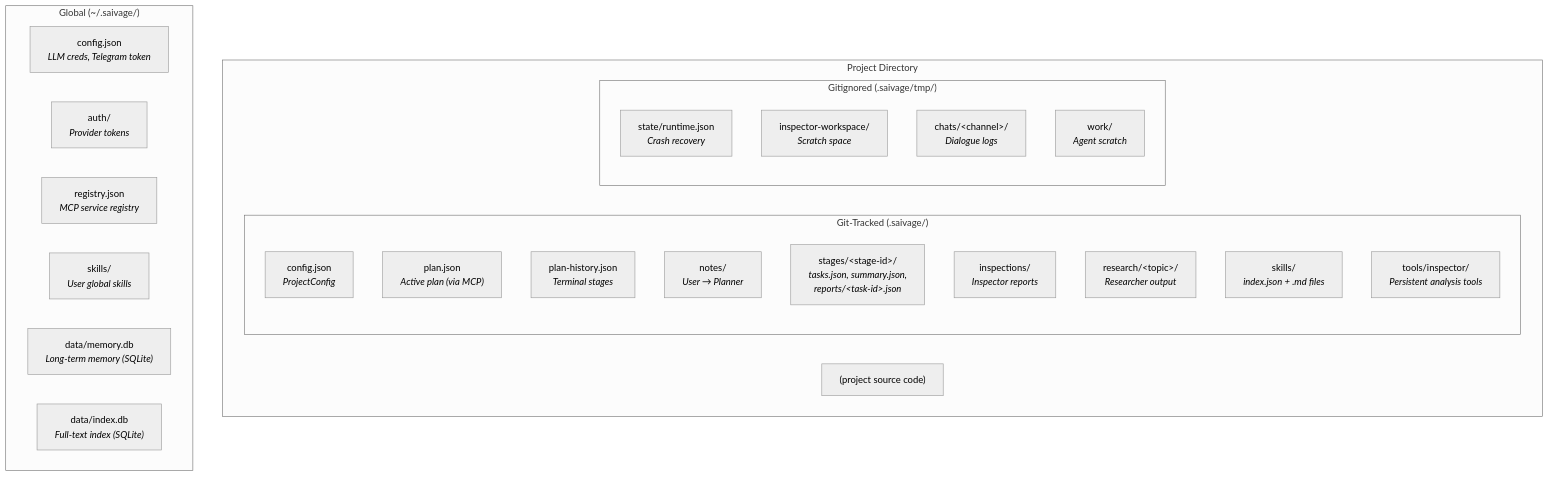
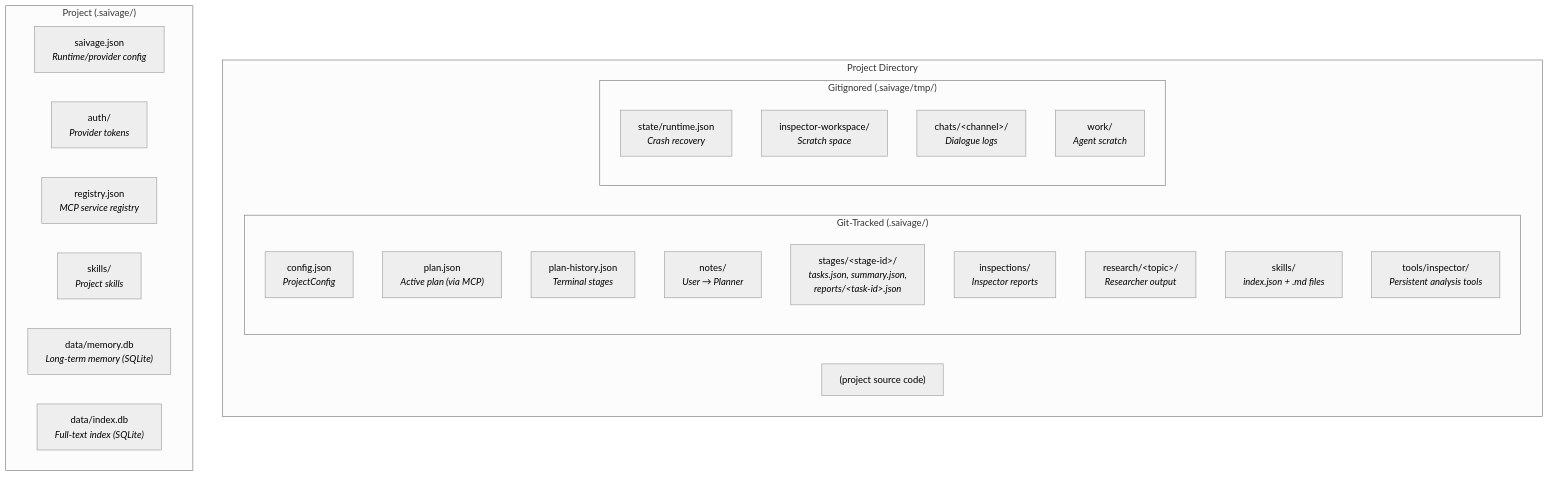
One commit to sfanapolo/saivage changed the third of 14 diagrams in SPEC/v2/06-SYSTEM-DESIGN.md. Above: the diagram before and after it, drawn with Mermaid (neutral theme). The commit also changed other lines of this file and 63 other files, not shown here.

````diff
--- a/SPEC/v2/06-SYSTEM-DESIGN.md
+++ b/SPEC/v2/06-SYSTEM-DESIGN.md
@@ -277,32 +276,32 @@
 ```mermaid
 graph TB
     subgraph "Project Directory"
         subgraph "Git-Tracked (.saivage/)"
             CONF["config.json<br/><i>ProjectConfig</i>"]
             PLAN["plan.json<br/><i>Active plan (via MCP)</i>"]
             HIST["plan-history.json<br/><i>Terminal stages</i>"]
             NOTES["notes/<br/><i>User → Planner</i>"]
             STAGES["stages/&lt;stage-id&gt;/<br/><i>tasks.json, summary.json,<br/>reports/&lt;task-id&gt;.json</i>"]
             INSP["inspections/<br/><i>Inspector reports</i>"]
             RESEARCH["research/&lt;topic&gt;/<br/><i>Researcher output</i>"]
             SKILLS["skills/<br/><i>index.json + .md files</i>"]
             TOOLS["tools/inspector/<br/><i>Persistent analysis tools</i>"]
         end
         subgraph "Gitignored (.saivage/tmp/)"
             RUNTIME["state/runtime.json<br/><i>Crash recovery</i>"]
             IWRK["inspector-workspace/<br/><i>Scratch space</i>"]
             CHATS["chats/&lt;channel&gt;/<br/><i>Dialogue logs</i>"]
             WORK["work/<br/><i>Agent scratch</i>"]
         end
         SRC["(project source code)"]
     end
 
-    subgraph "Global (~/.saivage/)"
-        GCONF["config.json<br/><i>LLM creds, Telegram token</i>"]
+    subgraph "Project (.saivage/)"
+        GCONF["saivage.json<br/><i>Runtime/provider config</i>"]
         AUTH["auth/<br/><i>Provider tokens</i>"]
         REG["registry.json<br/><i>MCP service registry</i>"]
-        GSKILLS["skills/<br/><i>User global skills</i>"]
+        GSKILLS["skills/<br/><i>Project skills</i>"]
         MEMDB["data/memory.db<br/><i>Long-term memory (SQLite)</i>"]
         IDXDB["data/index.db<br/><i>Full-text index (SQLite)</i>"]
     end
 ```
````
